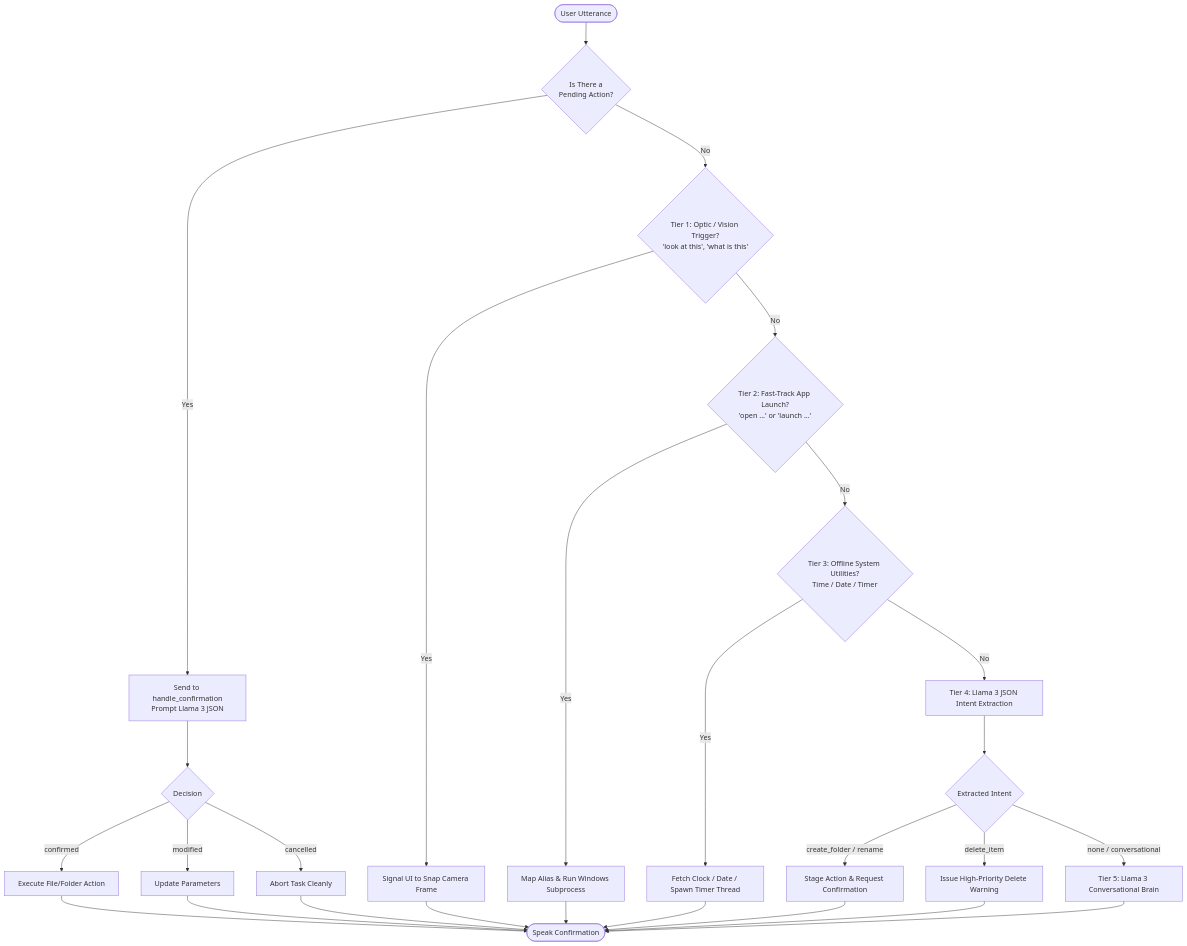
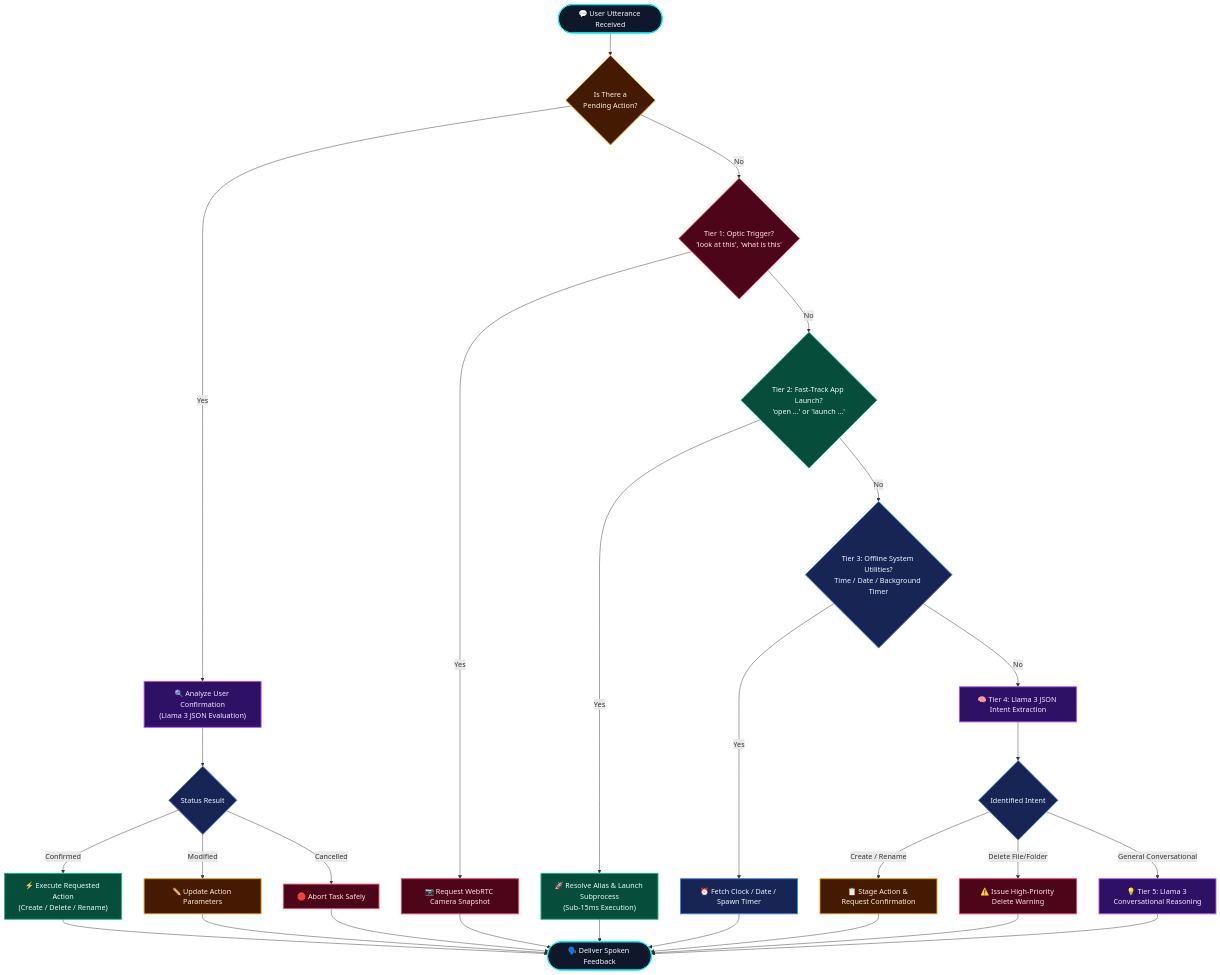
One commit to Parth-Chavan-15/Jarvis_Core changed the third of 6 diagrams in README.md. Above: the diagram before and after it, drawn with Mermaid. The commit also changed other lines of this file, not shown here.

Commit message:
docs: streamline README, add vibrant color-coded flowcharts, remove redundant sections, and polish styling

````diff
--- a/README.md
+++ b/README.md
@@ -280,25 +294,32 @@
 ```mermaid
 flowchart TD
-    CMD([User Utterance]) --> PENDING{Is There a\nPending Action?}
+    classDef cyan fill:#0f172a,stroke:#00f3ff,stroke-width:2px,color:#f8fafc;
+    classDef purple fill:#2e1065,stroke:#a855f7,stroke-width:2px,color:#f3e8ff;
+    classDef green fill:#064e3b,stroke:#10b981,stroke-width:2px,color:#ecfdf5;
+    classDef amber fill:#451a03,stroke:#f59e0b,stroke-width:2px,color:#fef3c7;
+    classDef pink fill:#4c0519,stroke:#f43f5e,stroke-width:2px,color:#ffe4e6;
+    classDef blue fill:#172554,stroke:#3b82f6,stroke-width:2px,color:#eff6ff;
+
+    CMD(["💬 User Utterance Received"]):::cyan --> PENDING{"Is There a\nPending Action?"}:::amber
     
-    PENDING -- Yes --> CONFIRM[Send to handle_confirmation\nPrompt Llama 3 JSON]
-    CONFIRM --> DECISION{Decision}
-    DECISION -- confirmed --> EXECUTE[Execute File/Folder Action] --> SPEAK([Speak Confirmation])
-    DECISION -- modified --> UPDATE[Update Parameters] --> SPEAK
-    DECISION -- cancelled --> ABORT[Abort Task Cleanly] --> SPEAK
+    PENDING -- Yes --> CONFIRM["🔍 Analyze User Confirmation\n(Llama 3 JSON Evaluation)"]:::purple
+    CONFIRM --> DECISION{"Status Result"}:::blue
+    DECISION -- Confirmed --> EXECUTE["⚡ Execute Requested Action\n(Create / Delete / Rename)"]:::green --> SPEAK(["🗣️ Deliver Spoken Feedback"]):::cyan
+    DECISION -- Modified --> UPDATE["✏️ Update Action Parameters"]:::amber --> SPEAK
+    DECISION -- Cancelled --> ABORT["🛑 Abort Task Safely"]:::pink --> SPEAK
 
-    PENDING -- No --> T1{Tier 1: Optic / Vision Trigger?\n'look at this', 'what is this'}
-    T1 -- Yes --> VISION_FLAG[Signal UI to Snap Camera Frame] --> SPEAK
+    PENDING -- No --> T1{"Tier 1: Optic Trigger?\n'look at this', 'what is this'"}:::pink
+    T1 -- Yes --> VISION_FLAG["📷 Request WebRTC Camera Snapshot"]:::pink --> SPEAK
 
-    T1 -- No --> T2{Tier 2: Fast-Track App Launch?\n'open ...' or 'launch ...'}
-    T2 -- Yes --> LAUNCH[Map Alias & Run Windows Subprocess] --> SPEAK
+    T1 -- No --> T2{"Tier 2: Fast-Track App Launch?\n'open ...' or 'launch ...'"}:::green
+    T2 -- Yes --> LAUNCH["🚀 Resolve Alias & Launch Subprocess\n(Sub-15ms Execution)"]:::green --> SPEAK
 
-    T2 -- No --> T3{Tier 3: Offline System Utilities?\nTime / Date / Timer}
-    T3 -- Yes --> UTILS[Fetch Clock / Date / Spawn Timer Thread] --> SPEAK
+    T2 -- No --> T3{"Tier 3: Offline System Utilities?\nTime / Date / Background Timer"}:::blue
+    T3 -- Yes --> UTILS["⏰ Fetch Clock / Date / Spawn Timer"]:::blue --> SPEAK
 
-    T3 -- No --> T4[Tier 4: Llama 3 JSON Intent Extraction]
-    T4 --> INTENT_TYPE{Extracted Intent}
-    INTENT_TYPE -- create_folder / rename --> STAGE[Stage Action & Request Confirmation] --> SPEAK
-    INTENT_TYPE -- delete_item --> WARN[Issue High-Priority Delete Warning] --> SPEAK
-    INTENT_TYPE -- none / conversational --> T5[Tier 5: Llama 3 Conversational Brain] --> SPEAK
+    T3 -- No --> T4["🧠 Tier 4: Llama 3 JSON Intent Extraction"]:::purple
+    T4 --> INTENT_TYPE{"Identified Intent"}:::blue
+    INTENT_TYPE -- Create / Rename --> STAGE["📋 Stage Action & Request Confirmation"]:::amber --> SPEAK
+    INTENT_TYPE -- Delete File/Folder --> WARN["⚠️ Issue High-Priority Delete Warning"]:::pink --> SPEAK
+    INTENT_TYPE -- General Conversational --> T5["💡 Tier 5: Llama 3 Conversational Reasoning"]:::purple --> SPEAK
 ```
````
